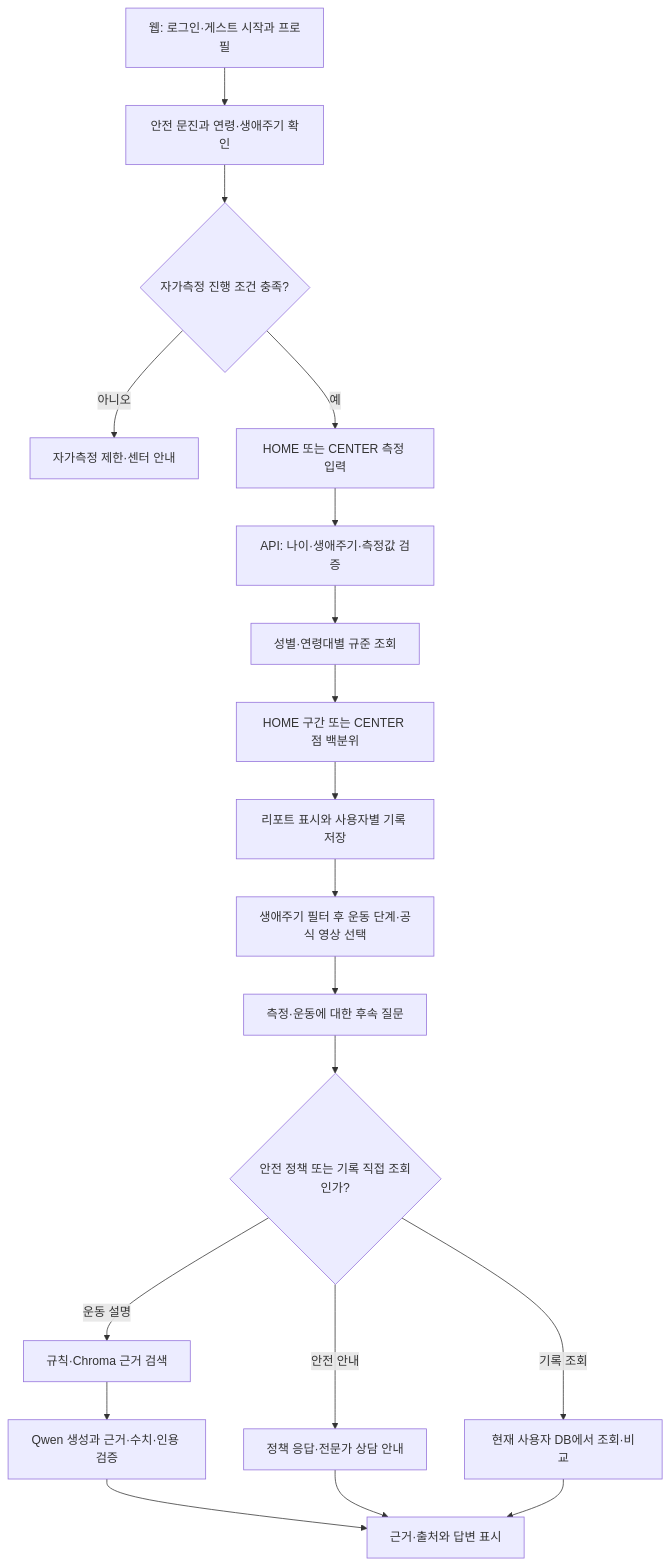
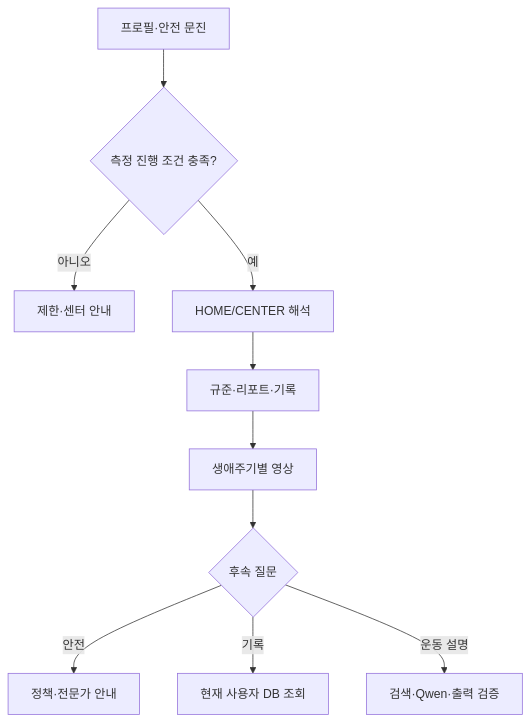
One commit to Engineer3rd-Class-Kimmin/ai_coach changed the third of 3 diagrams in README.md. Above: the diagram before and after it, drawn with Mermaid. The commit also changed other lines of this file and 2 other files, not shown here.

Commit message:
docs: explain project flow and verification evidence (ai-assisted)

````diff
--- a/README.md
+++ b/README.md
@@ -15,21 +66,10 @@
 ```mermaid
-flowchart TD
-    A["웹: 로그인·게스트 시작과 프로필"] --> B["안전 문진과 연령·생애주기 확인"]
-    B --> C{"자가측정 진행 조건 충족?"}
-    C -->|아니오| D["자가측정 제한·센터 안내"]
-    C -->|예| E["HOME 또는 CENTER 측정 입력"]
-    E --> F["API: 나이·생애주기·측정값 검증"]
-    F --> G["성별·연령대별 규준 조회"]
-    G --> H["HOME 구간 또는 CENTER 점 백분위"]
-    H --> I["리포트 표시와 사용자별 기록 저장"]
-    I --> J["생애주기 필터 후 운동 단계·공식 영상 선택"]
-    J --> K["측정·운동에 대한 후속 질문"]
-    K --> L{"안전 정책 또는 기록 직접 조회인가?"}
-    L -->|안전 안내| M["정책 응답·전문가 상담 안내"]
-    L -->|기록 조회| N["현재 사용자 DB에서 조회·비교"]
-    L -->|운동 설명| O["규칙·Chroma 근거 검색"]
-    O --> P["Qwen 생성과 근거·수치·인용 검증"]
-    P --> Q["근거·출처와 답변 표시"]
-    M --> Q
-    N --> Q
+flowchart TB
+ A["프로필·안전 문진"] --> B{"측정 진행 조건 충족?"}
+ B -->|아니오| X["제한·센터 안내"]
+ B -->|예| C["HOME/CENTER 해석"] --> D["규준·리포트·기록"] --> E["생애주기별 영상"]
+ E --> F{"후속 질문"}
+ F -->|안전| G["정책·전문가 안내"]
+ F -->|기록| H["현재 사용자 DB 조회"]
+ F -->|운동 설명| I["검색·Qwen·출력 검증"]
 ```
````
